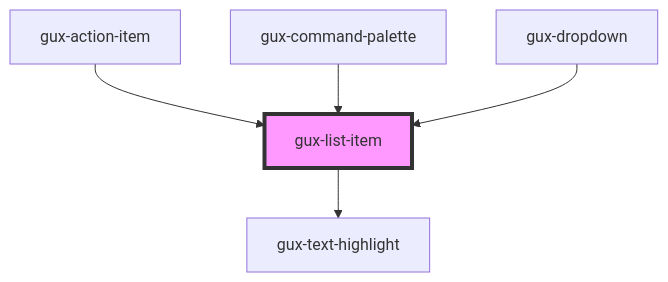
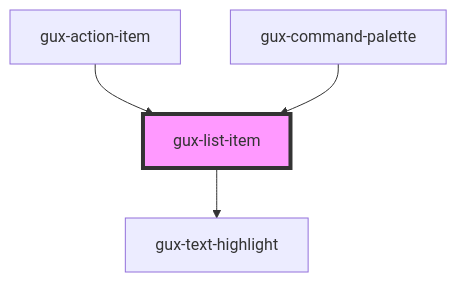
Before and after one commit to MyPureCloud/genesys-spark: the diagram in src/components/gux-list/list-item/readme.md, drawn with Mermaid. The commit also changed other lines of this file and 7 other files, not shown here.

First line of the commit message:
improvement(gux-dropdown): remove reflect to attribute and js list

````diff
--- a/src/components/gux-list/list-item/readme.md
+++ b/src/components/gux-list/list-item/readme.md
@@ -47,8 +46,7 @@
 ```mermaid
 graph TD;
   gux-list-item --> gux-text-highlight
   gux-action-item --> gux-list-item
   gux-command-palette --> gux-list-item
-  gux-dropdown --> gux-list-item
   style gux-list-item fill:#f9f,stroke:#333,stroke-width:4px
 ```
````
